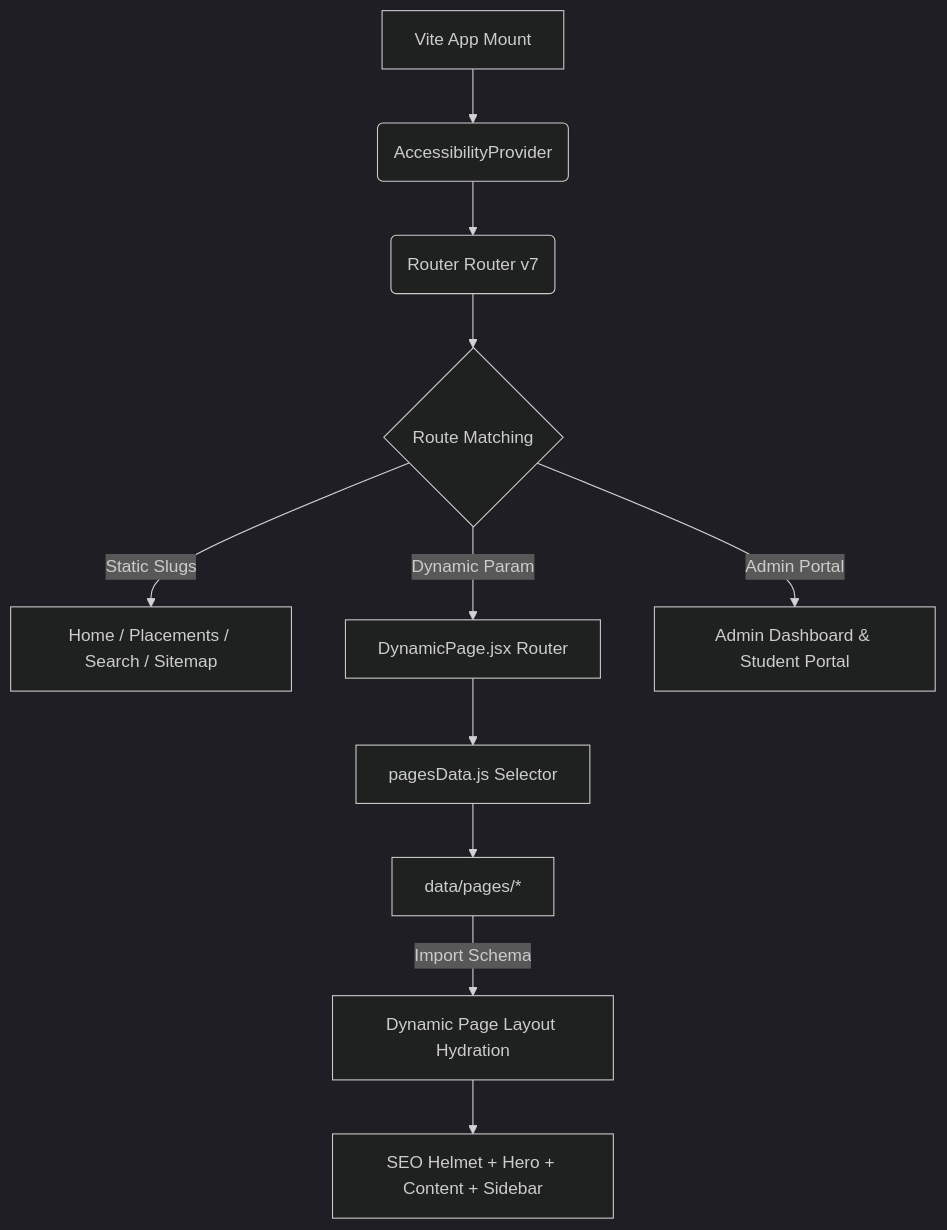
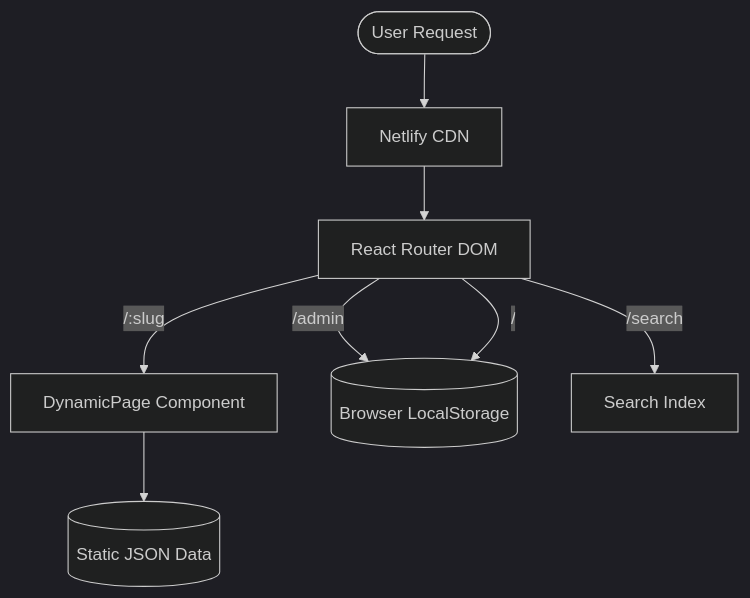
Before and after one commit to JayantOlhyan/MSIT-: the diagram in README.md, drawn with Mermaid (dark theme). The commit also changed other lines of this file, not shown here.

````diff
--- a/README.md
+++ b/README.md
@@ -96,13 +42,18 @@
 ```mermaid
 graph TD
-    A[Vite App Mount] --> B(AccessibilityProvider)
-    B --> C(Router Router v7)
-    C --> D{Route Matching}
-    D -->|Static Slugs| E[Home / Placements / Search / Sitemap]
-    D -->|Dynamic Param| F[DynamicPage.jsx Router]
-    D -->|Admin Portal| G[Admin Dashboard & Student Portal]
-    F --> H[pagesData.js Selector]
-    H --> I[data/pages/*]
-    I -->|Import Schema| J[Dynamic Page Layout Hydration]
-    J --> K[SEO Helmet + Hero + Content + Sidebar]
+    User([User Request])
+    Netlify[Netlify CDN]
+    Router[React Router DOM]
+    Dynamic[DynamicPage Component]
+    Data[(Static JSON Data)]
+    Local[(Browser LocalStorage)]
+    Search[Search Index]
+
+    User --> Netlify
+    Netlify --> Router
+    Router --> |/search| Search
+    Router --> |/:slug| Dynamic
+    Dynamic --> Data
+    Router --> |/admin| Local
+    Router --> |/| Local
 ```
````
